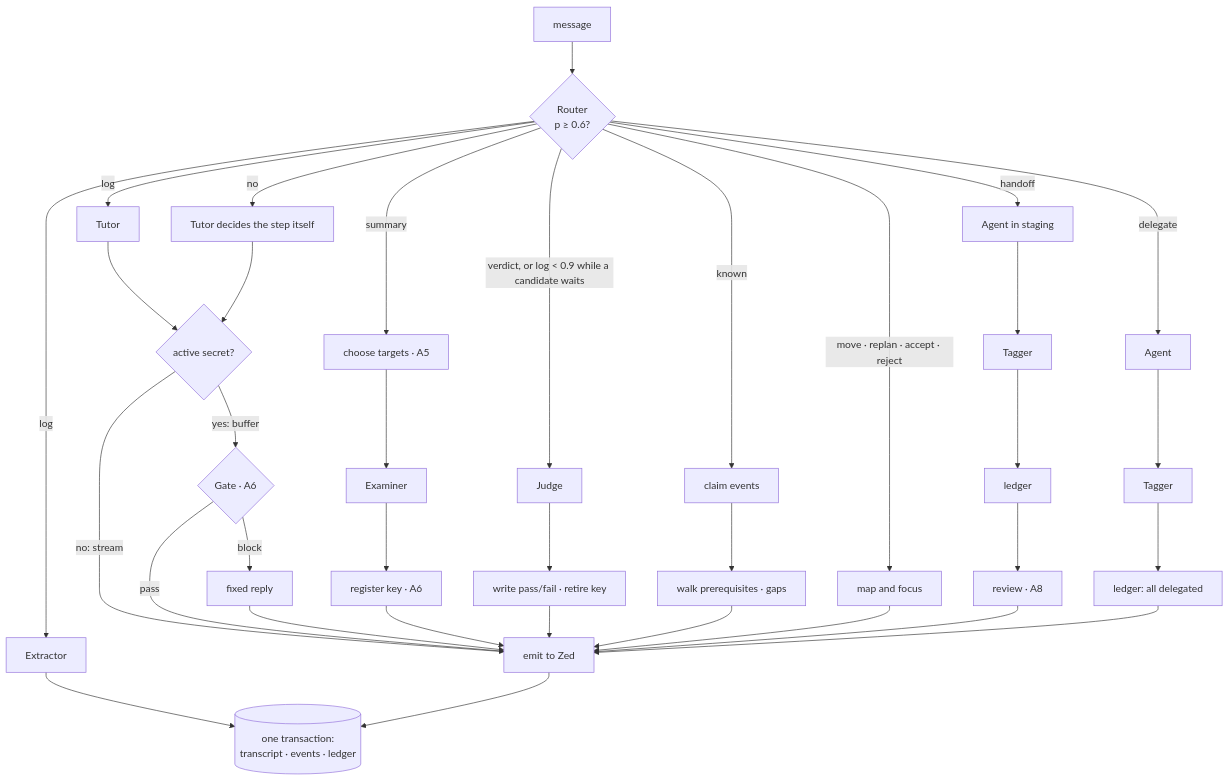
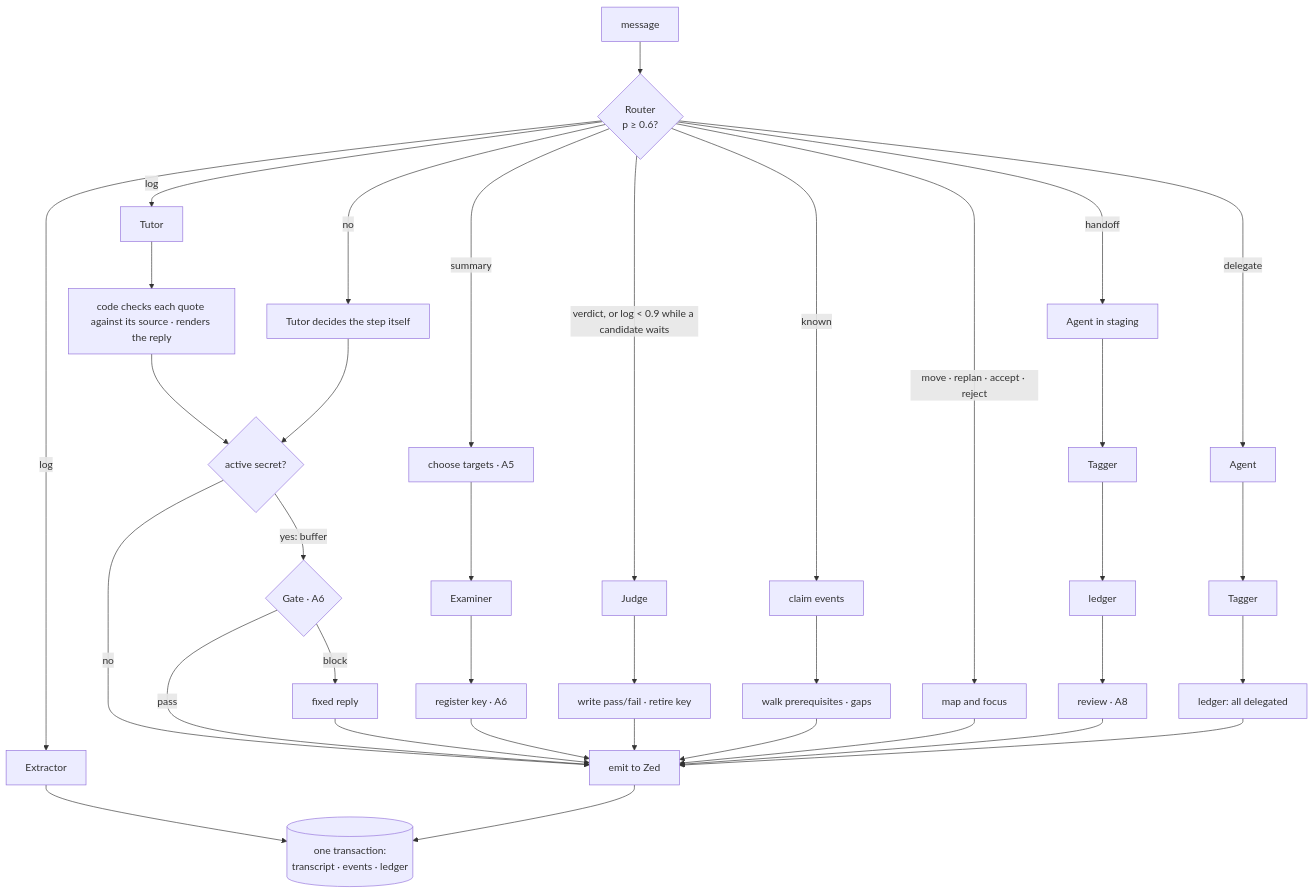
One commit to lprsrts/pathfinder changed the second of 13 diagrams in docs/theory.md. Above: the diagram before and after it, drawn with Mermaid. The commit also changed other lines of this file and 10 other files, not shown here.

````diff
--- a/docs/theory.md
+++ b/docs/theory.md
@@ -206,26 +208,26 @@
 ```mermaid
 flowchart TD
     M[message] --> R{Router<br/>p ≥ 0.6?}
     R -->|no| F[Tutor decides the step itself]
     R -->|log| X[Extractor] & T[Tutor]
     R -->|summary| S[choose targets · A5] --> E[Examiner] --> K[register key · A6]
     R -->|"verdict, or log < 0.9 while a candidate waits"| J[Judge] --> RT[write pass/fail · retire key]
     R -->|known| C[claim events] --> GP[walk prerequisites · gaps]
     R -->|move · replan · accept · reject| MV[map and focus]
     R -->|handoff| AH[Agent in staging] --> TH[Tagger] --> LH[ledger] --> RV[review · A8]
     R -->|delegate| AD[Agent] --> TD[Tagger] --> LD[ledger: all delegated]
-    T --> AS{active secret?}
-    AS -->|no: stream| OUT
+    T --> V[code checks each quote against its source · renders the reply] --> AS{active secret?}
+    AS -->|no| OUT
     AS -->|yes: buffer| GT{Gate · A6}
     GT -->|pass| OUT
     GT -->|block| FX[fixed reply] --> OUT
     X --> TX
     K --> OUT
     RT --> OUT
     GP --> OUT
     MV --> OUT
     RV --> OUT
     LD --> OUT
     F --> AS
     OUT[emit to Zed] --> TX[(one transaction:<br/>transcript · events · ledger)]
 ```
````
